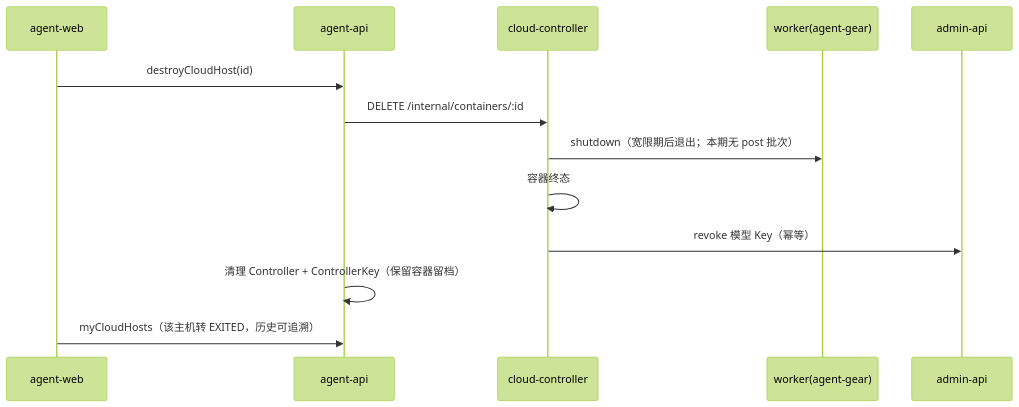
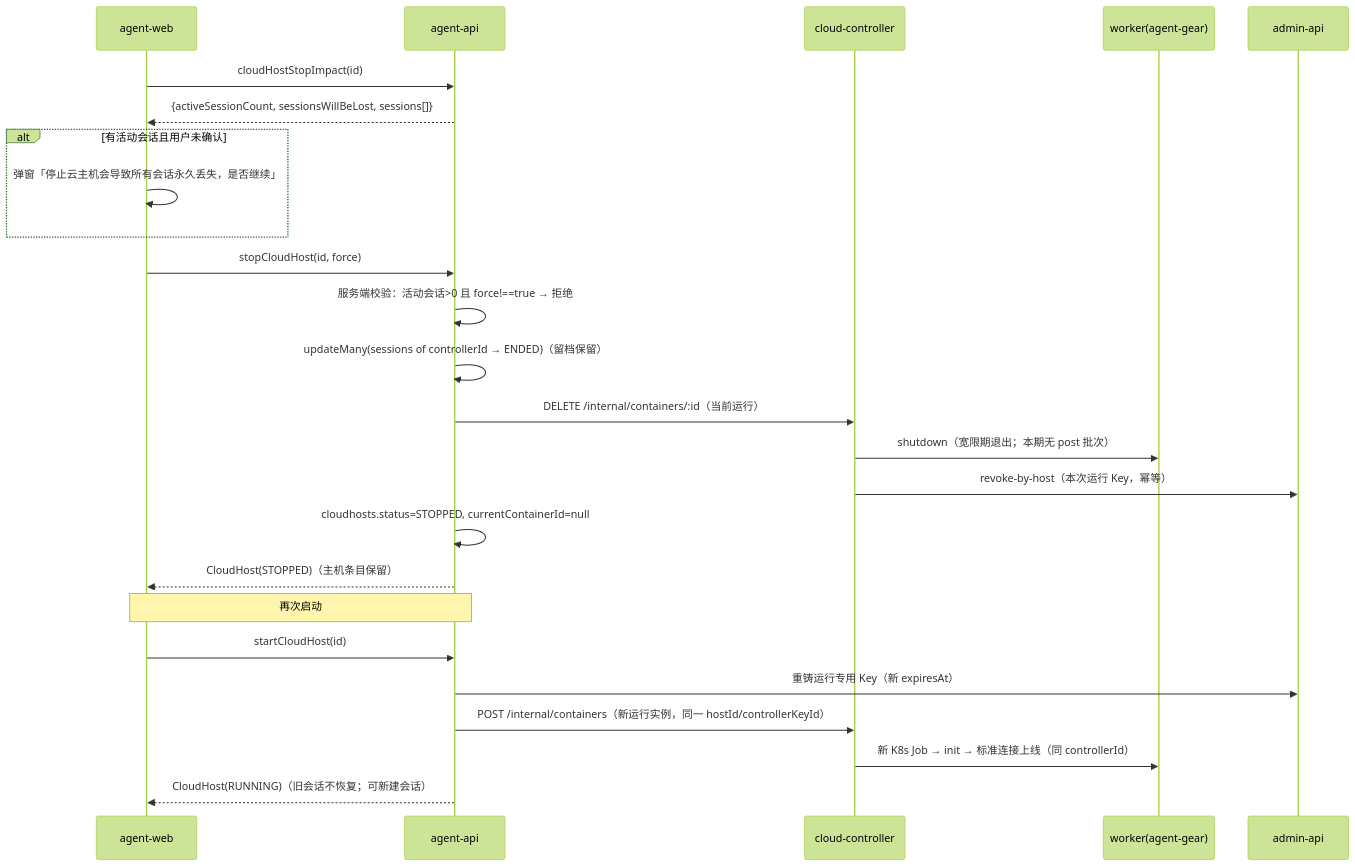
One commit to Deliay/z-agent-gear changed the fifth of 5 diagrams in docs/engineering/proposals/20261020-feat-container-harness-support.md. Above: the diagram before and after it, drawn with Mermaid (forest theme). The commit also changed other lines of this file and 3 other files, not shown here.

````diff
--- a/docs/engineering/proposals/20261020-feat-container-harness-support.md
+++ b/docs/engineering/proposals/20261020-feat-container-harness-support.md
@@ -406,16 +469,29 @@
 ```mermaid
 sequenceDiagram
     participant AW as agent-web
     participant AA as agent-api
     participant CC as cloud-controller
     participant W as worker(agent-gear)
     participant AD as admin-api
 
-    AW->>AA: destroyCloudHost(id)
-    AA->>CC: DELETE /internal/containers/:id
-    CC->>W: shutdown（宽限期后退出；本期无 post 批次）
-    CC->>CC: 容器终态
-    CC->>AD: revoke 模型 Key（幂等）
-    AA->>AA: 清理 Controller + ControllerKey（保留容器留档）
-    AW->>AA: myCloudHosts（该主机转 EXITED，历史可追溯）
+    AW->>AA: cloudHostStopImpact(id)
+    AA-->>AW: {activeSessionCount, sessionsWillBeLost, sessions[]}
+    alt 有活动会话且用户未确认
+        AW->>AW: 弹窗「停止云主机会导致所有会话永久丢失，是否继续」
+    end
+    AW->>AA: stopCloudHost(id, force)
+    AA->>AA: 服务端校验：活动会话>0 且 force!==true → 拒绝
+    AA->>AA: updateMany(sessions of controllerId → ENDED)（留档保留）
+    AA->>CC: DELETE /internal/containers/:id（当前运行）
+    CC->>W: shutdown（宽限期退出；本期无 post 批次）
+    CC->>AD: revoke-by-host（本次运行 Key，幂等）
+    AA->>AA: cloudhosts.status=STOPPED, currentContainerId=null
+    AA-->>AW: CloudHost(STOPPED)（主机条目保留）
+
+    Note over AW,AA: 再次启动
+    AW->>AA: startCloudHost(id)
+    AA->>AD: 重铸运行专用 Key（新 expiresAt）
+    AA->>CC: POST /internal/containers（新运行实例，同一 hostId/controllerKeyId）
+    CC->>W: 新 K8s Job → init → 标准连接上线（同 controllerId）
+    AA-->>AW: CloudHost(RUNNING)（旧会话不恢复；可新建会话）
 ```
````
